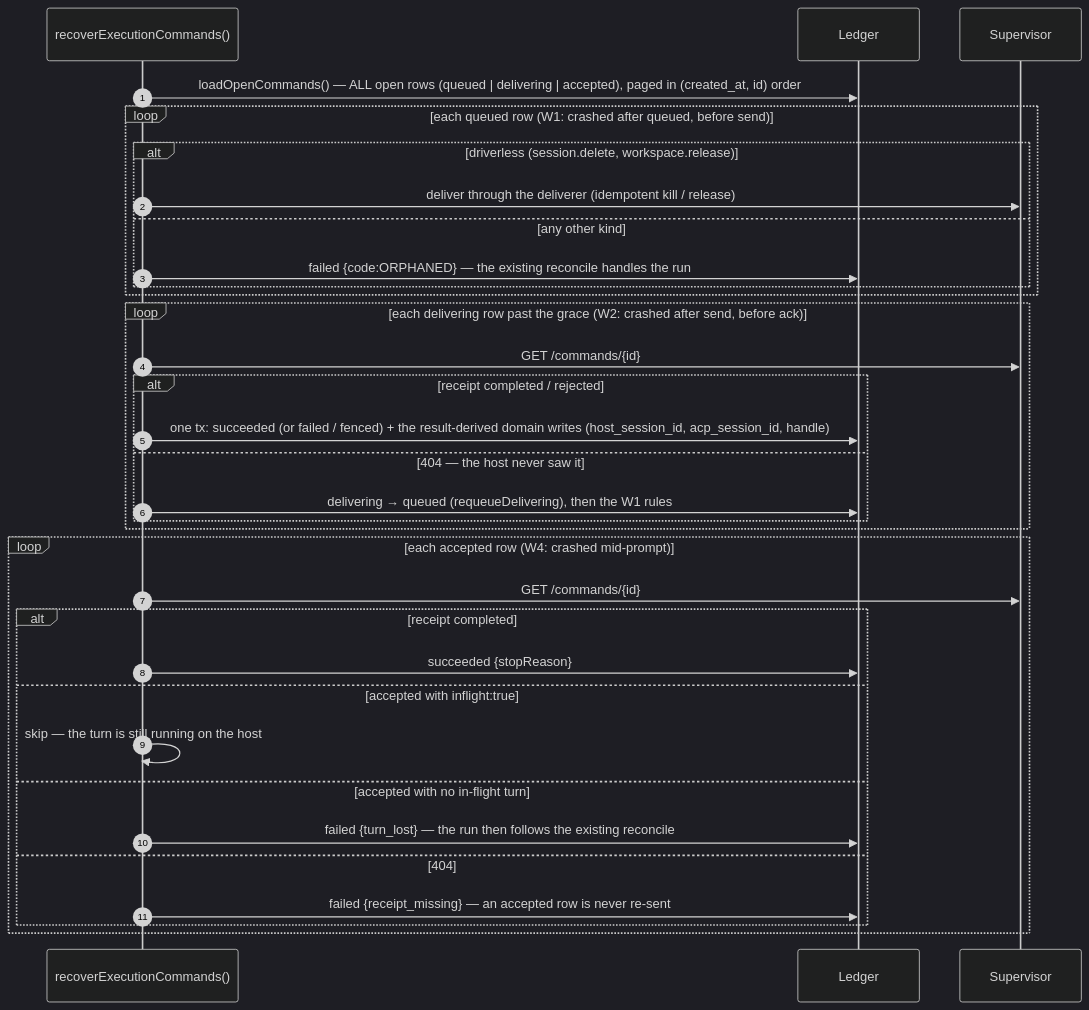
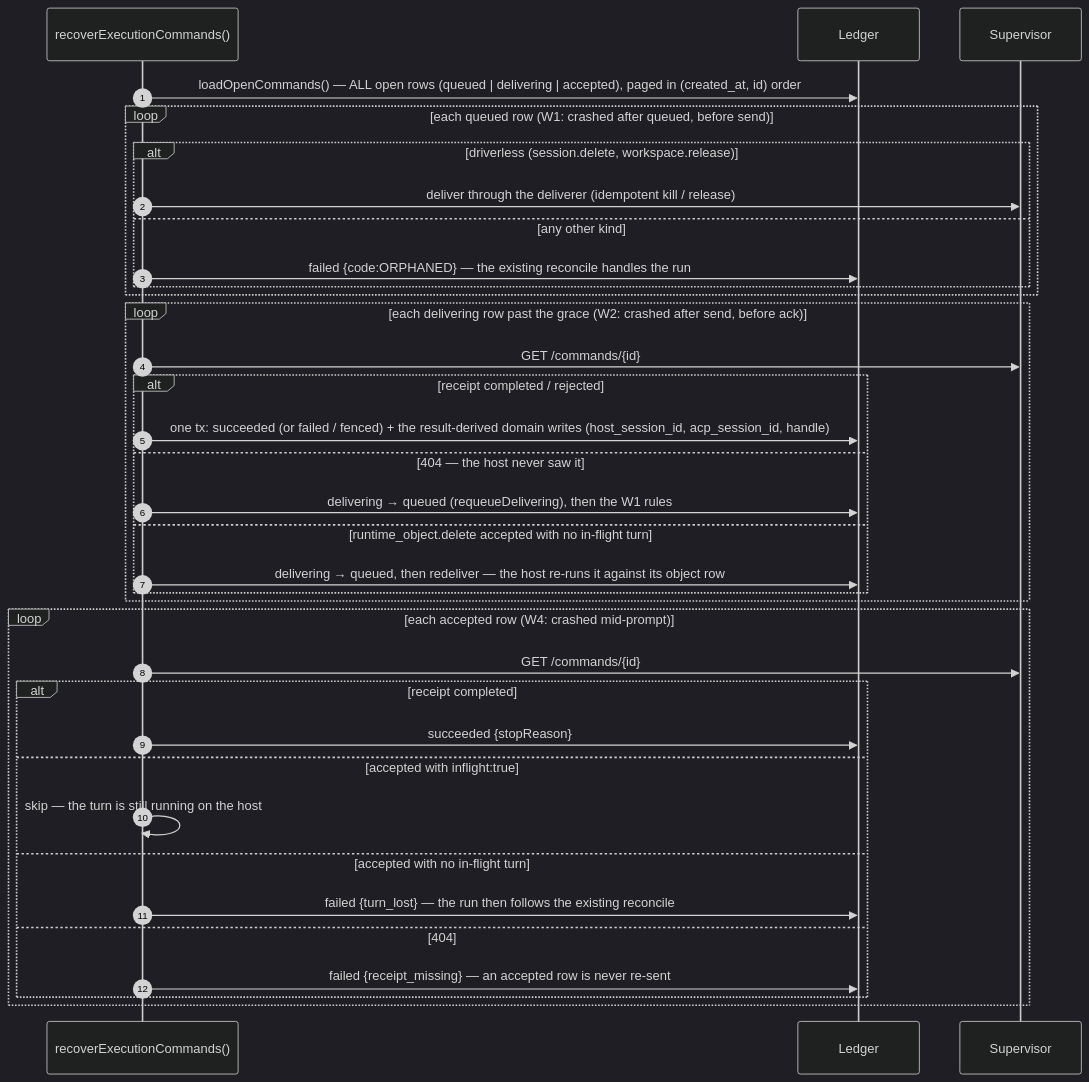
Before and after one commit to maister-dev/maister: the eighth of 10 diagrams in docs/system-analytics/execution-hosts.md, drawn with Mermaid (dark theme). The commit also changed 13 other files, not shown here.

First line of the commit message:
fix(runtime-objects): recover seal and delete crash gaps

````diff
--- a/docs/system-analytics/execution-hosts.md
+++ b/docs/system-analytics/execution-hosts.md
@@ -364,35 +364,37 @@
 ```mermaid
 sequenceDiagram
     autonumber
     participant REC as recoverExecutionCommands()
     participant LED as Ledger
     participant SUP as Supervisor
     REC->>LED: loadOpenCommands() — ALL open rows (queued | delivering | accepted), paged in (created_at, id) order
     loop each queued row (W1: crashed after queued, before send)
         alt driverless (session.delete, workspace.release)
             REC->>SUP: deliver through the deliverer (idempotent kill / release)
         else any other kind
             REC->>LED: failed {code:ORPHANED} — the existing reconcile handles the run
         end
     end
     loop each delivering row past the grace (W2: crashed after send, before ack)
         REC->>SUP: GET /commands/{id}
         alt receipt completed / rejected
             REC->>LED: one tx: succeeded (or failed / fenced) + the result-derived domain writes (host_session_id, acp_session_id, handle)
         else 404 — the host never saw it
             REC->>LED: delivering → queued (requeueDelivering), then the W1 rules
+        else runtime_object.delete accepted with no in-flight turn
+            REC->>LED: delivering → queued, then redeliver — the host re-runs it against its object row
         end
     end
     loop each accepted row (W4: crashed mid-prompt)
         REC->>SUP: GET /commands/{id}
         alt receipt completed
             REC->>LED: succeeded {stopReason}
         else accepted with inflight:true
             REC->>REC: skip — the turn is still running on the host
         else accepted with no in-flight turn
             REC->>LED: failed {turn_lost} — the run then follows the existing reconcile
         else 404
             REC->>LED: failed {receipt_missing} — an accepted row is never re-sent
         end
     end
 ```
````
